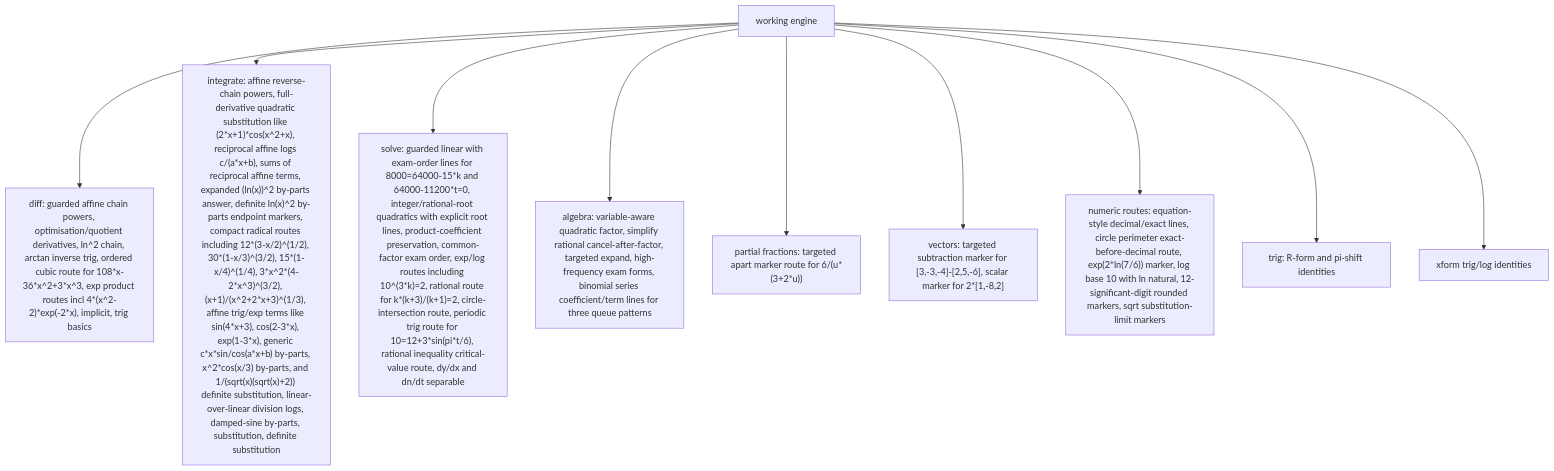
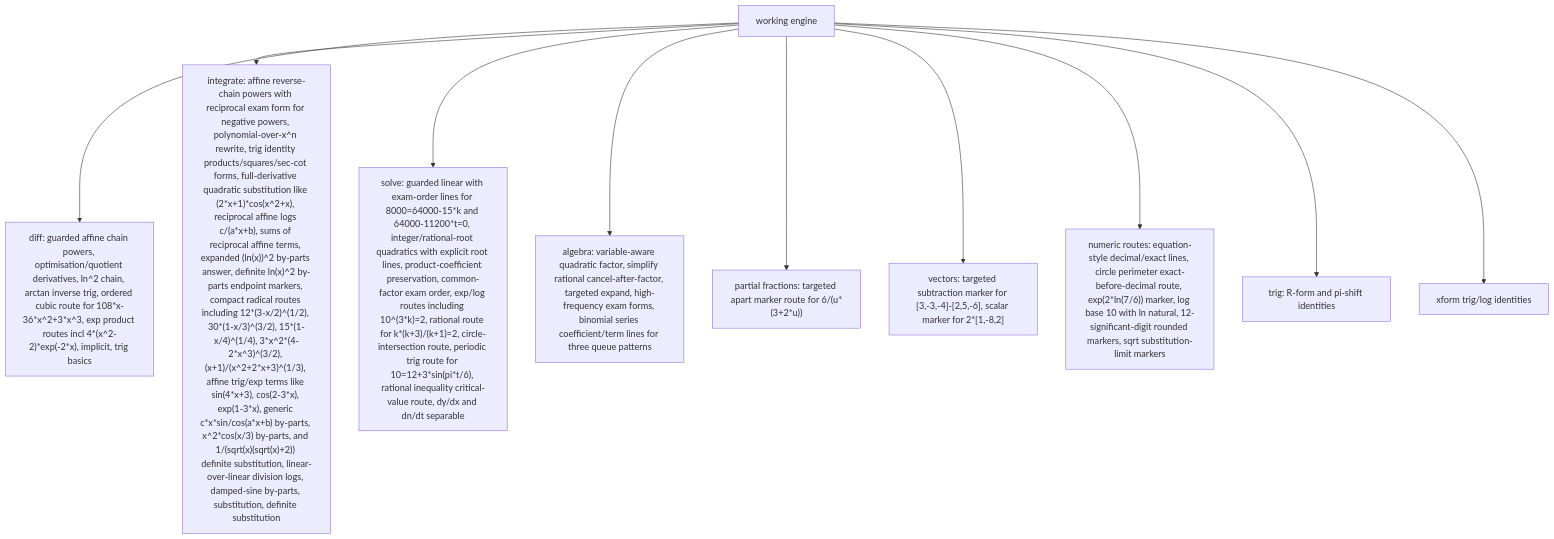
The third of 6 diagrams in docs/GRAPH.md (james8464/notes-addin-casio-fx-cg50), drawn with Mermaid before and after one commit. The commit also changed other lines of this file and 4 other files, not shown here.

````diff
--- a/docs/GRAPH.md
+++ b/docs/GRAPH.md
@@ -38,12 +38,12 @@
 ```mermaid
 graph TD
   Work["working engine"] --> Diff["diff: guarded affine chain powers, optimisation/quotient derivatives, ln^2 chain, arctan inverse trig, ordered cubic route for 108*x-36*x^2+3*x^3, exp product routes incl 4*(x^2-2)*exp(-2*x), implicit, trig basics"]
-  Work --> Int["integrate: affine reverse-chain powers, full-derivative quadratic substitution like (2*x+1)*cos(x^2+x), reciprocal affine logs c/(a*x+b), sums of reciprocal affine terms, expanded (ln(x))^2 by-parts answer, definite ln(x)^2 by-parts endpoint markers, compact radical routes including 12*(3-x/2)^(1/2), 30*(1-x/3)^(3/2), 15*(1-x/4)^(1/4), 3*x^2*(4-2*x^3)^(3/2), (x+1)/(x^2+2*x+3)^(1/3), affine trig/exp terms like sin(4*x+3), cos(2-3*x), exp(1-3*x), generic c*x*sin/cos(a*x+b) by-parts, x^2*cos(x/3) by-parts, and 1/(sqrt(x)(sqrt(x)+2)) definite substitution, linear-over-linear division logs, damped-sine by-parts, substitution, definite substitution"]
+  Work --> Int["integrate: affine reverse-chain powers with reciprocal exam form for negative powers, polynomial-over-x^n rewrite, trig identity products/squares/sec-cot forms, full-derivative quadratic substitution like (2*x+1)*cos(x^2+x), reciprocal affine logs c/(a*x+b), sums of reciprocal affine terms, expanded (ln(x))^2 by-parts answer, definite ln(x)^2 by-parts endpoint markers, compact radical routes including 12*(3-x/2)^(1/2), 30*(1-x/3)^(3/2), 15*(1-x/4)^(1/4), 3*x^2*(4-2*x^3)^(3/2), (x+1)/(x^2+2*x+3)^(1/3), affine trig/exp terms like sin(4*x+3), cos(2-3*x), exp(1-3*x), generic c*x*sin/cos(a*x+b) by-parts, x^2*cos(x/3) by-parts, and 1/(sqrt(x)(sqrt(x)+2)) definite substitution, linear-over-linear division logs, damped-sine by-parts, substitution, definite substitution"]
   Work --> Solve["solve: guarded linear with exam-order lines for 8000=64000-15*k and 64000-11200*t=0, integer/rational-root quadratics with explicit root lines, product-coefficient preservation, common-factor exam order, exp/log routes including 10^(3*k)=2, rational route for k*(k+3)/(k+1)=2, circle-intersection route, periodic trig route for 10=12+3*sin(pi*t/6), rational inequality critical-value route, dy/dx and dn/dt separable"]
   Work --> Alg["algebra: variable-aware quadratic factor, simplify rational cancel-after-factor, targeted expand, high-frequency exam forms, binomial series coefficient/term lines for three queue patterns"]
   Work --> PF["partial fractions: targeted apart marker route for 6/(u*(3+2*u))"]
   Work --> Vec["vectors: targeted subtraction marker for [3,-3,-4]-[2,5,-6], scalar marker for 2*[1,-8,2]"]
   Work --> Num["numeric routes: equation-style decimal/exact lines, circle perimeter exact-before-decimal route, exp(2*ln(7/6)) marker, log base 10 with ln natural, 12-significant-digit rounded markers, sqrt substitution-limit markers"]
   Work --> Trig["trig: R-form and pi-shift identities"]
   Work --> Xform["xform trig/log identities"]
 ```
````
